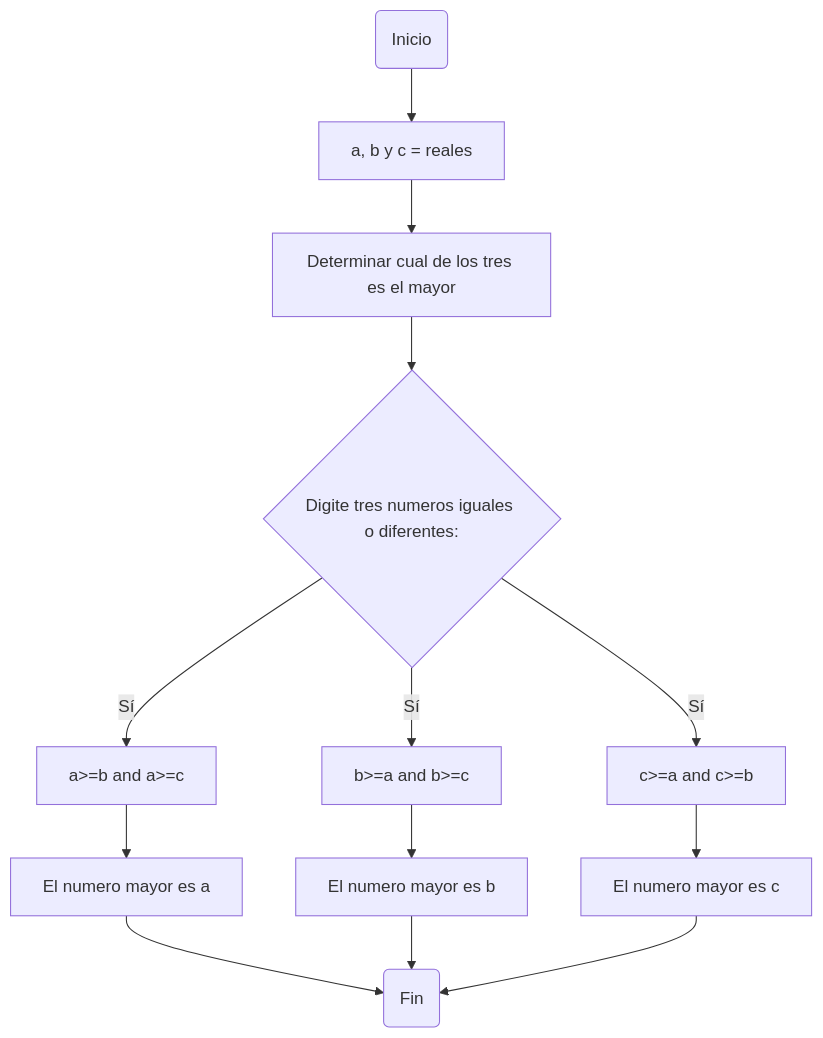
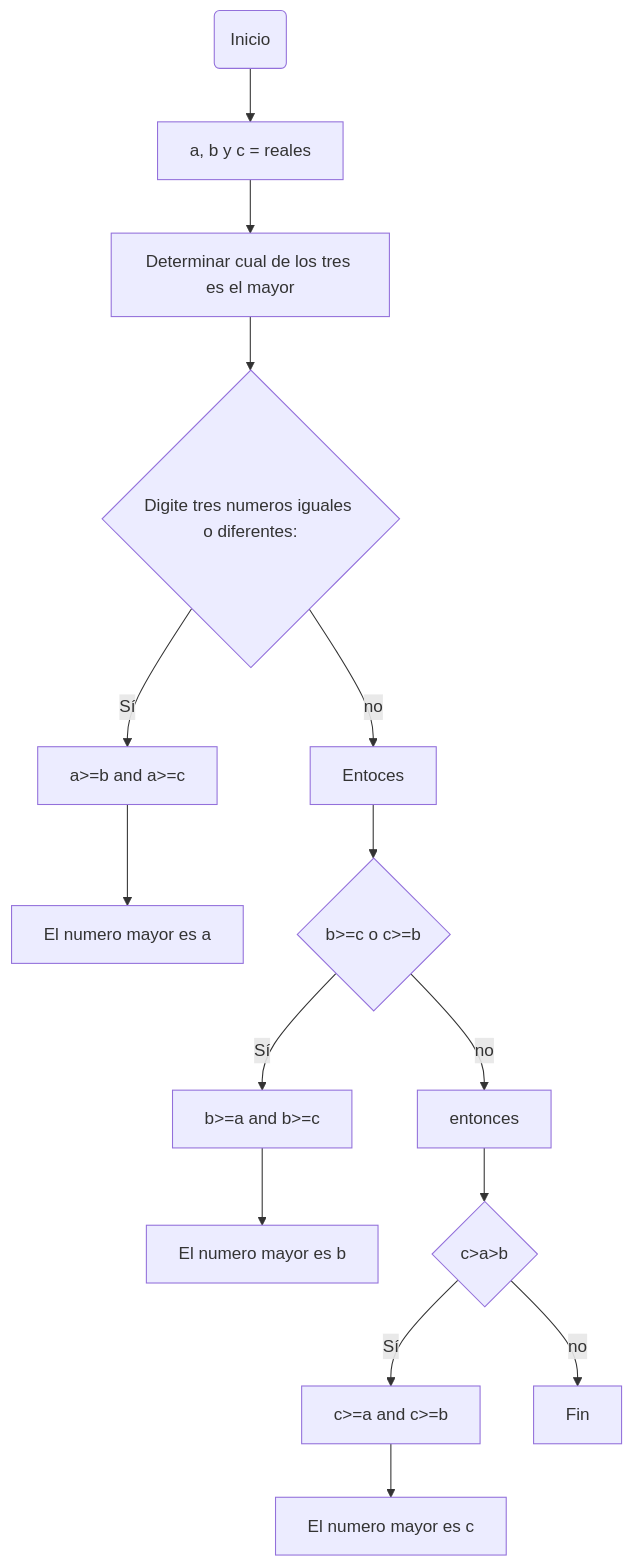
One commit to Pablofcf/Taller1_ProGreening changed the first of 2 diagrams in README.md. Above: the diagram before and after it, drawn with Mermaid.

````diff
--- a/README.md
+++ b/README.md
@@ -33,12 +33,16 @@
 ```mermaid
-    flowchart TD;
+  flowchart TD;
     A(Inicio) --> B[a, b y c = reales];
     B --> C;
     C[Determinar cual de los tres es el mayor] 
     C--> D{Digite tres numeros iguales o diferentes: } 
     -- Sí -->E[a>=b and a>=c]; E --> F[El numero mayor es a];
-    D-- Sí -->G[b>=a and b>=c]; G-->H[El numero mayor es b];
-    D--Sí-->I[c>=a and c>=b]; I-->J[El numero mayor es c];
-  
-    F & H & J -->U(Fin)
+    D-- no -->G[Entoces];G -->H{b>=c o c>=b}
+    -- Sí -->I[b>=a and b>=c] 
+    H-- no -->f[entonces]
+    I-->P[El numero mayor es b];
+    f-->O{c>a>b}
+    -- Sí -->q[c>=a and c>=b] 
+    q-->k[El numero mayor es c]
+    O-- no -->g[Fin]
 ```
````
